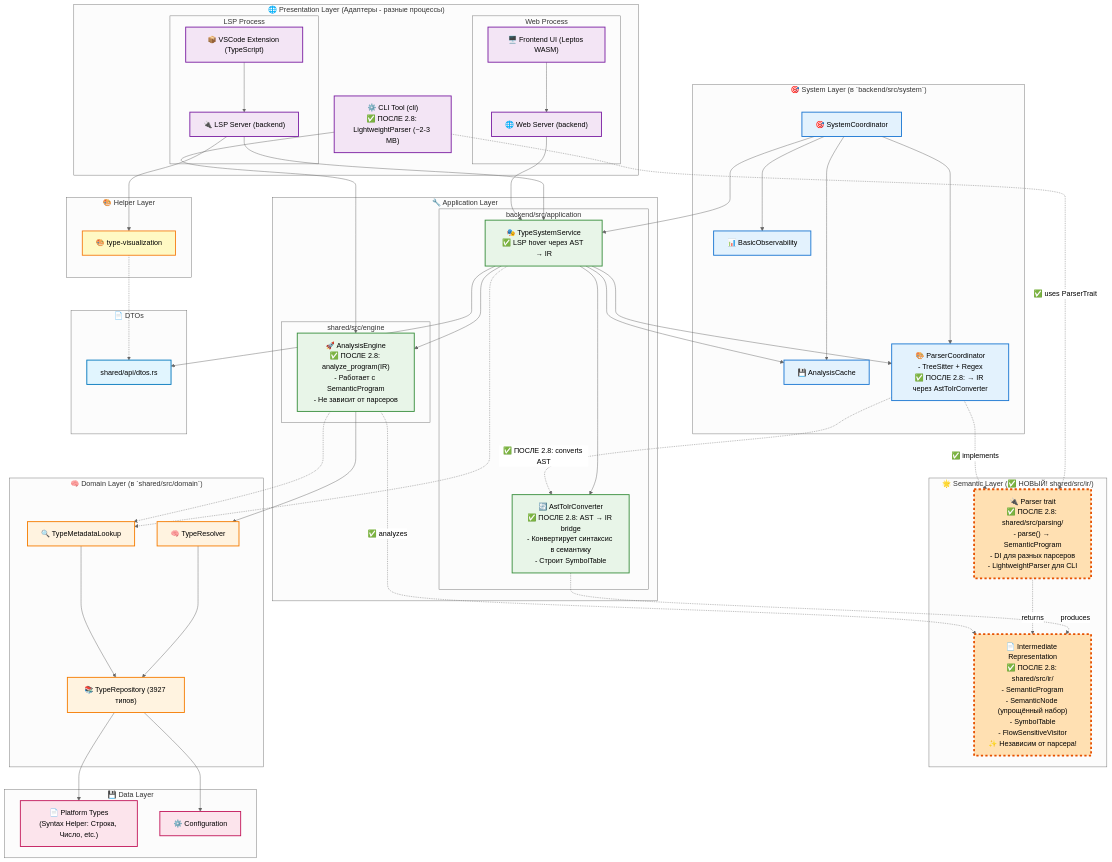
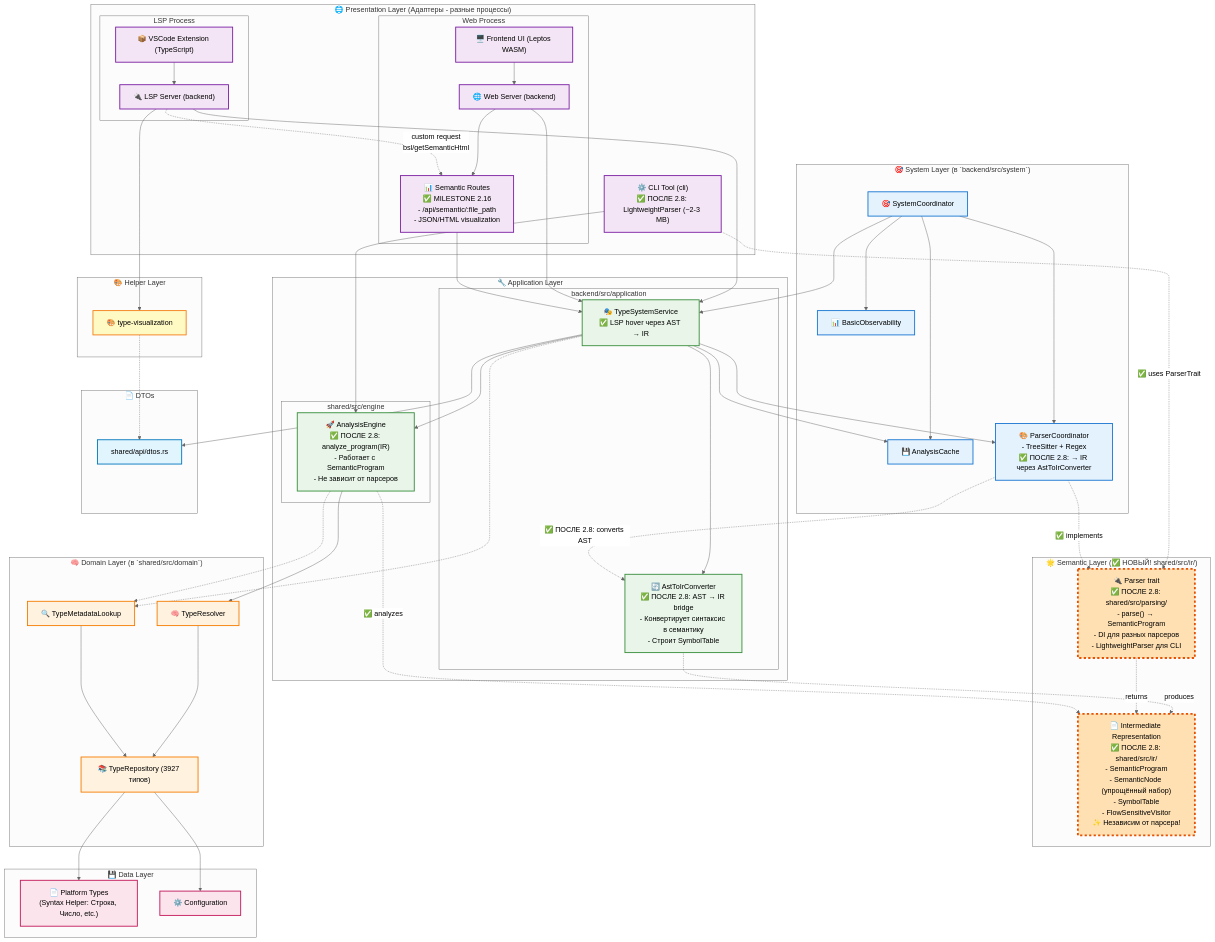
The diagram in CLAUDE.md (defin85/bsl-gradual-types), drawn with Mermaid (neutral theme) before and after one commit. The commit also changed other lines of this file and 4 other files, not shown here.

Commit message:
Delete outdated test report for Milestone 2.16 and update roadmap with new milestones and tasks for configuration metadata parsing.

```diff
--- a/CLAUDE.md
+++ b/CLAUDE.md
@@ -528,6 +543,7 @@
         subgraph "Web Process"
             WebServer["🌐 Web Server (backend)"]
             Frontend["🖥️ Frontend UI (Leptos WASM)"]
+            SemanticRoutes["📊 Semantic Routes<br/>✅ MILESTONE 2.16<br/>- /api/semantic/:file_path<br/>- JSON/HTML visualization"]
         end
 
         CLITool["⚙️ CLI Tool (cli)<br/>✅ ПОСЛЕ 2.8: LightweightParser (~2-3 MB)"]
@@ -577,6 +593,9 @@
     %% Presentation → Application
     LSPServer --> TypeSystemService
     WebServer --> TypeSystemService
+    WebServer --> SemanticRoutes
+    LSPServer -.->|"custom request<br/>bsl/getSemanticHtml"| SemanticRoutes
+    SemanticRoutes --> TypeSystemService
     VSCode --> LSPServer
     Frontend --> WebServer
     CLITool --> AnalysisEngine
@@ -627,7 +646,7 @@
     classDef dtoStyle fill:#e1f5fe,stroke:#0277bd,stroke-width:2px
 
     class SystemCoordinator,AnalysisCache,ParserCoordinator,BasicObservability systemStyle
-    class LSPServer,WebServer,Frontend,VSCode,CLITool presentationStyle
+    class LSPServer,WebServer,Frontend,VSCode,CLITool,SemanticRoutes presentationStyle
     class TypeViz helperStyle
     class TypeSystemService,AstToIr,AnalysisEngine applicationStyle
     class IR,ParserTrait semanticStyle
```
